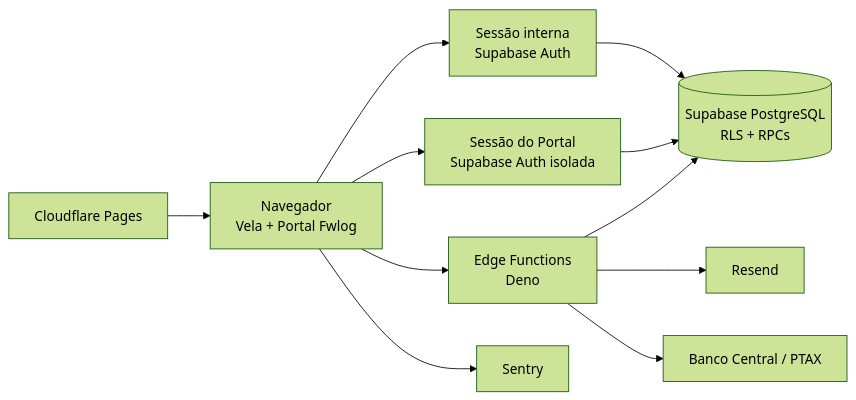
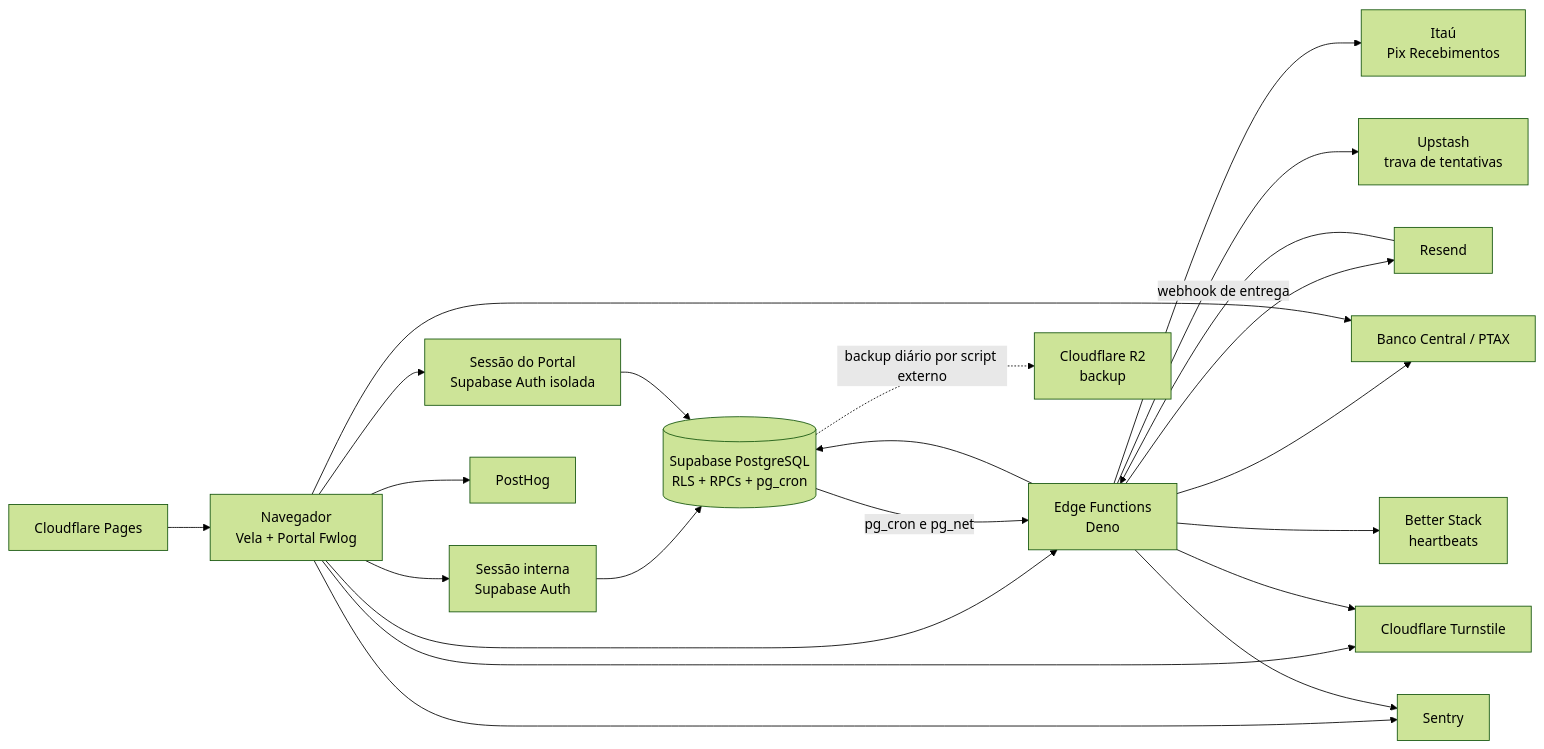
One commit to luccafwlog/vela changed the first of 2 diagrams in docs/ARCHITECTURE.md. Above: the diagram before and after it, drawn with Mermaid (forest theme). The commit also changed other lines of this file and 3 other files, not shown here.

First line of the commit message:
docs(arquitetura): ARCHITECTURE descreve o desenho e aponta as regras aos módulos

````diff
--- a/docs/ARCHITECTURE.md
+++ b/docs/ARCHITECTURE.md
@@ -11,23 +24,40 @@
 ```mermaid
 flowchart LR
+    Pages["Cloudflare Pages"]
     Browser["Navegador<br/>Vela + Portal Fwlog"]
     Internal["Sessão interna<br/>Supabase Auth"]
     Portal["Sessão do Portal<br/>Supabase Auth isolada"]
-    Database[("Supabase PostgreSQL<br/>RLS + RPCs")]
+    Database[("Supabase PostgreSQL<br/>RLS + RPCs + pg_cron")]
     Functions["Edge Functions<br/>Deno"]
     Resend["Resend"]
     BCB["Banco Central / PTAX"]
+    Itau["Itaú<br/>Pix Recebimentos"]
+    Upstash["Upstash<br/>trava de tentativas"]
+    Turnstile["Cloudflare Turnstile"]
     Sentry["Sentry"]
-    Pages["Cloudflare Pages"]
+    PostHog["PostHog"]
+    BetterStack["Better Stack<br/>heartbeats"]
+    R2["Cloudflare R2<br/>backup"]
 
+    Pages --> Browser
     Browser --> Internal
     Browser --> Portal
     Internal --> Database
     Portal --> Database
     Browser --> Functions
+    Database -->|pg_cron e pg_net| Functions
     Functions --> Database
     Functions --> Resend
+    Resend -->|webhook de entrega| Functions
     Functions --> BCB
+    Browser --> BCB
+    Functions --> Itau
+    Functions --> Upstash
+    Browser --> Turnstile
+    Functions --> Turnstile
     Browser --> Sentry
-    Pages --> Browser
+    Functions --> Sentry
+    Browser --> PostHog
+    Functions --> BetterStack
+    Database -.->|backup diário por script externo| R2
 ```
````
